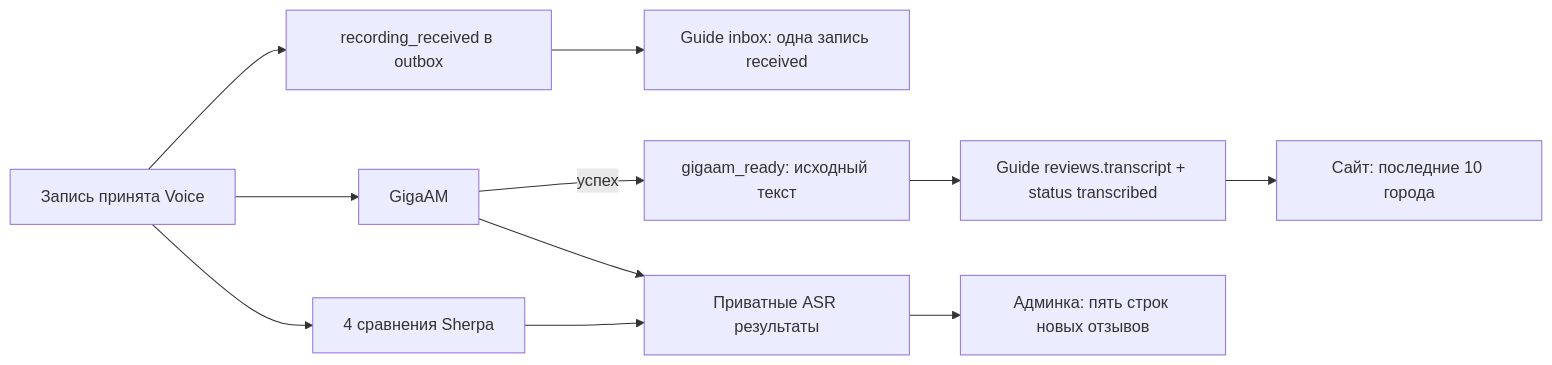
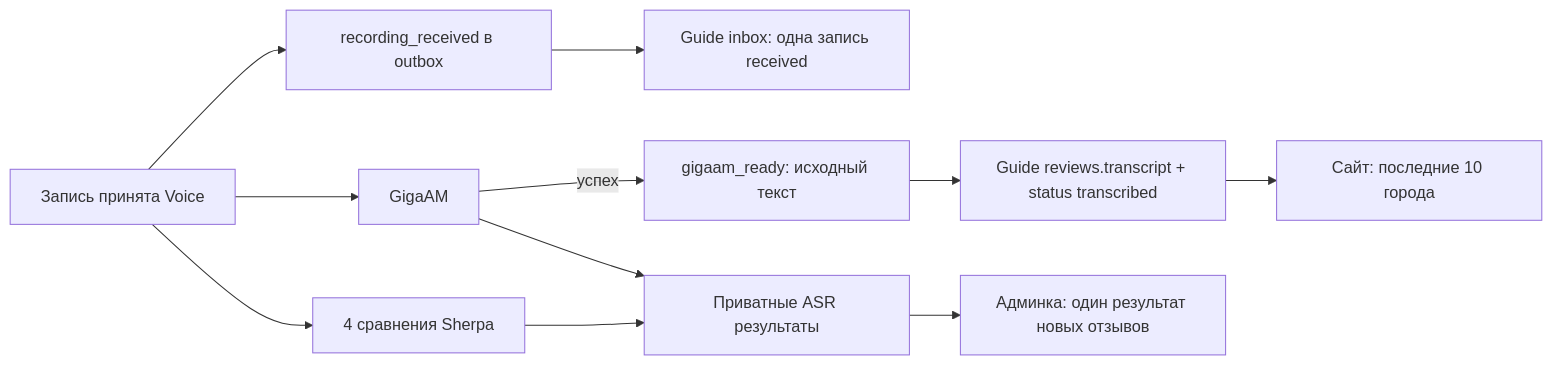
One commit to involtax/involta-guide changed the diagram in docs/ADMIN_REVIEWS.md. Above: the diagram before and after it, drawn with Mermaid. The commit also changed other lines of this file and 24 other files, not shown here.

````diff
--- a/docs/ADMIN_REVIEWS.md
+++ b/docs/ADMIN_REVIEWS.md
@@ -38,13 +38,13 @@
 ```mermaid
 flowchart LR
     A[Запись принята Voice] --> R[recording_received в outbox]
     R --> I[Guide inbox: одна запись received]
     A --> G[GigaAM]
     A --> S[4 сравнения Sherpa]
     G -->|успех| E[gigaam_ready: исходный текст]
     E --> T[Guide reviews.transcript + status transcribed]
     T --> W[Сайт: последние 10 города]
     G --> C[Приватные ASR результаты]
     S --> C
-    C --> UI[Админка: пять строк новых отзывов]
+    C --> UI[Админка: один результат новых отзывов]
 ```
````
